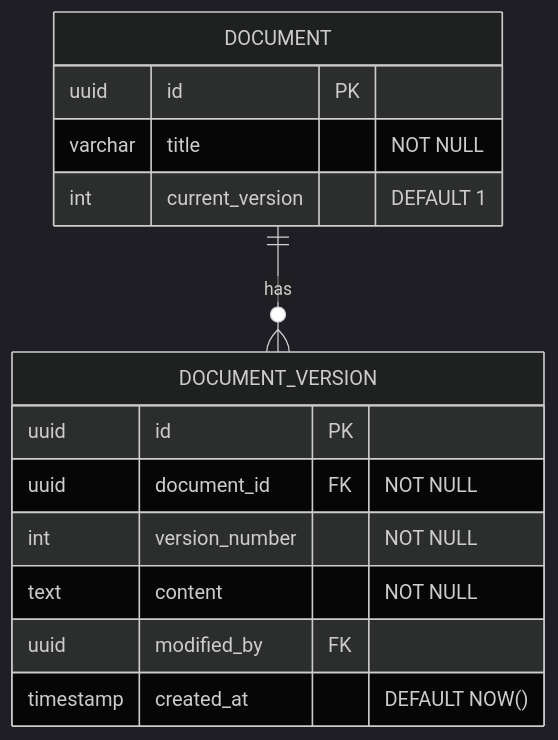
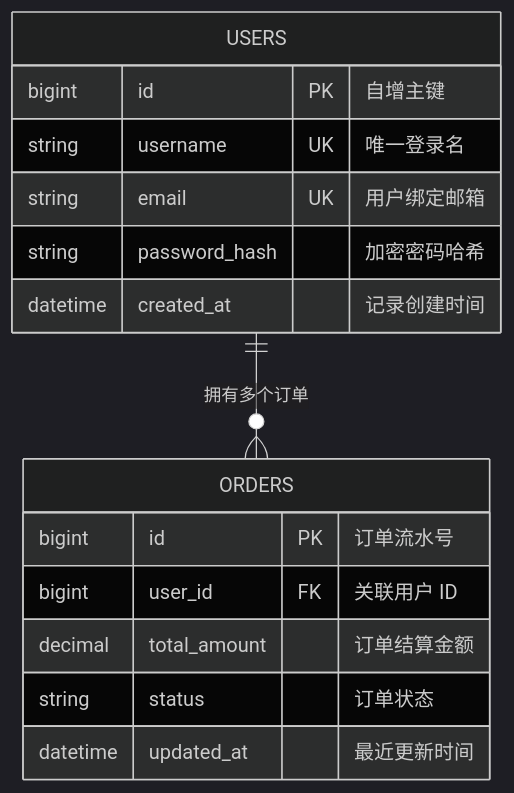
One commit to betterlmy/agent-skills changed the second of 2 diagrams in skills/mermaid-diagrams/references/erd-diagrams.md. Above: the diagram before and after it, drawn with Mermaid (dark theme). The commit also changed other lines of this file and 46 other files, not shown here.

````diff
--- a/skills/mermaid-diagrams/references/erd-diagrams.md
+++ b/skills/mermaid-diagrams/references/erd-diagrams.md
@@ -481,19 +31,20 @@
 ```mermaid
 erDiagram
-    DOCUMENT ||--o{ DOCUMENT_VERSION : has
-    
-    DOCUMENT {
-        uuid id PK
-        varchar title "NOT NULL"
-        int current_version "DEFAULT 1"
+    USERS {
+        bigint id PK "自增主键"
+        string username UK "唯一登录名"
+        string email UK "用户绑定邮箱"
+        string password_hash "加密密码哈希"
+        datetime created_at "记录创建时间"
     }
-    
-    DOCUMENT_VERSION {
-        uuid id PK
-        uuid document_id FK "NOT NULL"
-        int version_number "NOT NULL"
-        text content "NOT NULL"
-        uuid modified_by FK
-        timestamp created_at "DEFAULT NOW()"
+
+    ORDERS {
+        bigint id PK "订单流水号"
+        bigint user_id FK "关联用户 ID"
+        decimal total_amount "订单结算金额"
+        string status "订单状态"
+        datetime updated_at "最近更新时间"
     }
+
+    USERS ||--o{ ORDERS : "拥有多个订单"
 ```
````
